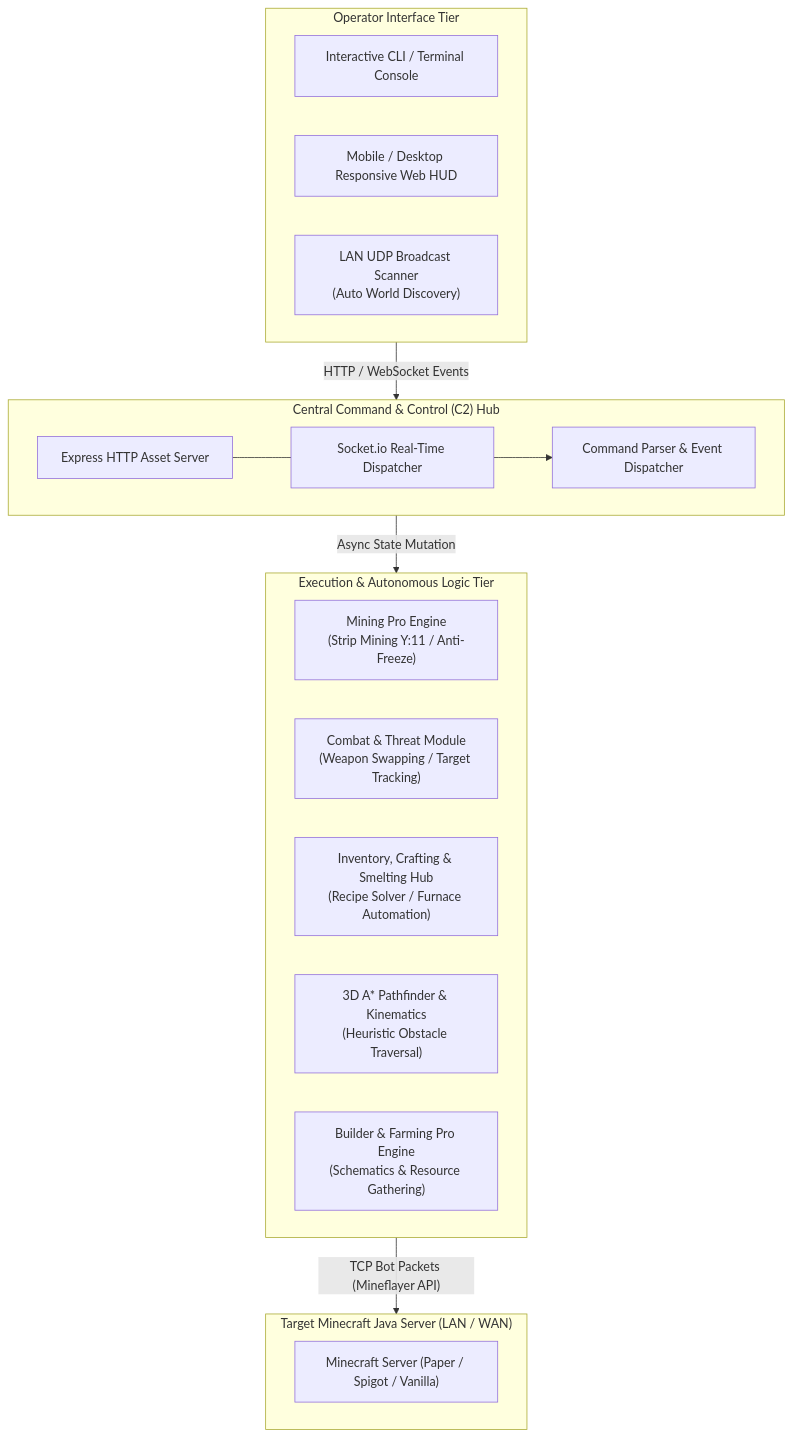
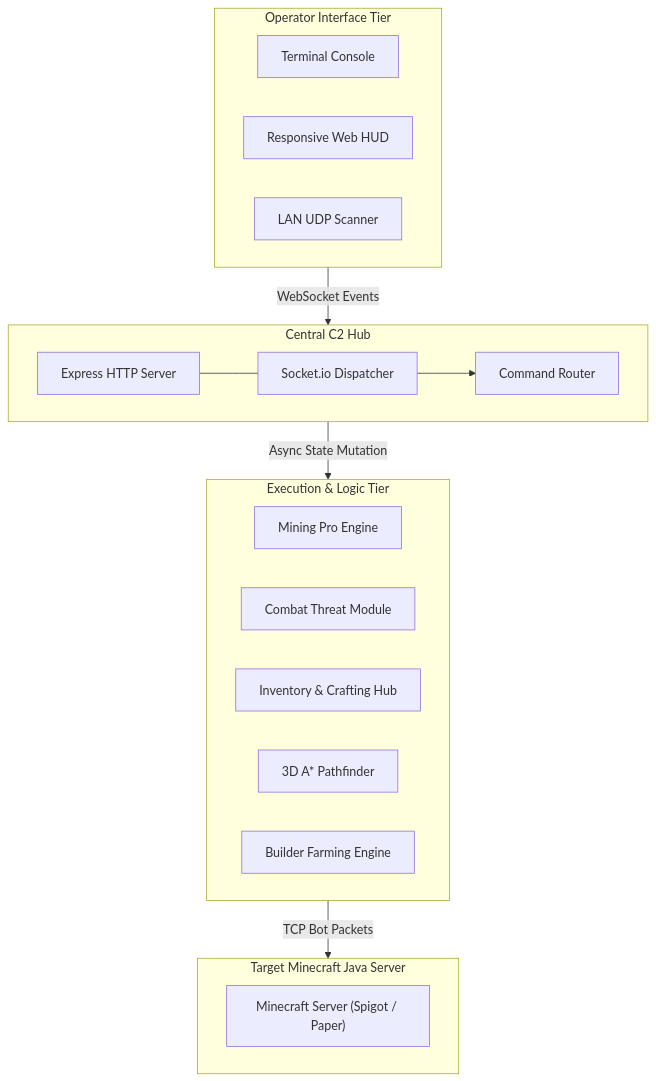
One commit to welzim19-star/minebot-c2-engine changed the diagram in README.md. Above: the diagram before and after it, drawn with Mermaid. The commit also changed 1 other file, not shown here.

Commit message:
fix(diagram): streamline Mermaid node labels to eliminate clipping

````diff
--- a/README.md
+++ b/README.md
@@ -22,33 +22,33 @@
 ```mermaid
 flowchart TD
     subgraph OPERATOR_TIER["Operator Interface Tier"]
-        CLI["Interactive CLI / Terminal Console"]
-        WebUI["Mobile / Desktop Responsive Web HUD"]
-        LAN["LAN UDP Broadcast Scanner<br/>(Auto World Discovery)"]
+        CLI["Terminal Console"]
+        WebUI["Responsive Web HUD"]
+        LAN["LAN UDP Scanner"]
     end
 
-    subgraph C2_GATEWAY["Central Command & Control (C2) Hub"]
-        ExpressServer["Express HTTP Asset Server"]
-        SocketEngine["Socket.io Real-Time Dispatcher"]
-        CmdRouter["Command Parser & Event Dispatcher"]
+    subgraph C2_GATEWAY["Central C2 Hub"]
+        ExpressServer["Express HTTP Server"]
+        SocketEngine["Socket.io Dispatcher"]
+        CmdRouter["Command Router"]
         
         ExpressServer --- SocketEngine
         SocketEngine --> CmdRouter
     end
 
-    subgraph AUTONOMOUS_MODULES["Execution & Autonomous Logic Tier"]
-        Mining["Mining Pro Engine<br/>(Strip Mining Y:11 / Anti-Freeze)"]
-        Combat["Combat & Threat Module<br/>(Weapon Swapping / Target Tracking)"]
-        Inventory["Inventory, Crafting & Smelting Hub<br/>(Recipe Solver / Furnace Automation)"]
-        Pathfinder["3D A* Pathfinder & Kinematics<br/>(Heuristic Obstacle Traversal)"]
-        Builder["Builder & Farming Pro Engine<br/>(Schematics & Resource Gathering)"]
+    subgraph AUTONOMOUS_MODULES["Execution & Logic Tier"]
+        Mining["Mining Pro Engine"]
+        Combat["Combat Threat Module"]
+        Inventory["Inventory & Crafting Hub"]
+        Pathfinder["3D A* Pathfinder"]
+        Builder["Builder Farming Engine"]
     end
 
-    subgraph MINECRAFT_SERVER["Target Minecraft Java Server (LAN / WAN)"]
-        MC["Minecraft Server (Paper / Spigot / Vanilla)"]
+    subgraph MINECRAFT_SERVER["Target Minecraft Java Server"]
+        MC["Minecraft Server (Spigot / Paper)"]
     end
 
-    OPERATOR_TIER -- "HTTP / WebSocket Events" --> C2_GATEWAY
+    OPERATOR_TIER -- "WebSocket Events" --> C2_GATEWAY
     C2_GATEWAY -- "Async State Mutation" --> AUTONOMOUS_MODULES
-    AUTONOMOUS_MODULES -- "TCP Bot Packets (Mineflayer API)" --> MINECRAFT_SERVER
+    AUTONOMOUS_MODULES -- "TCP Bot Packets" --> MINECRAFT_SERVER
 ```
````
